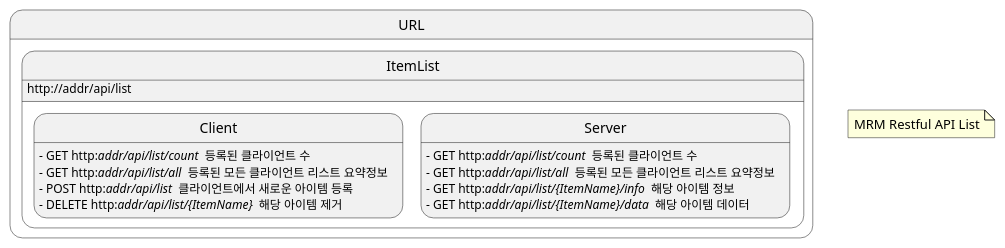
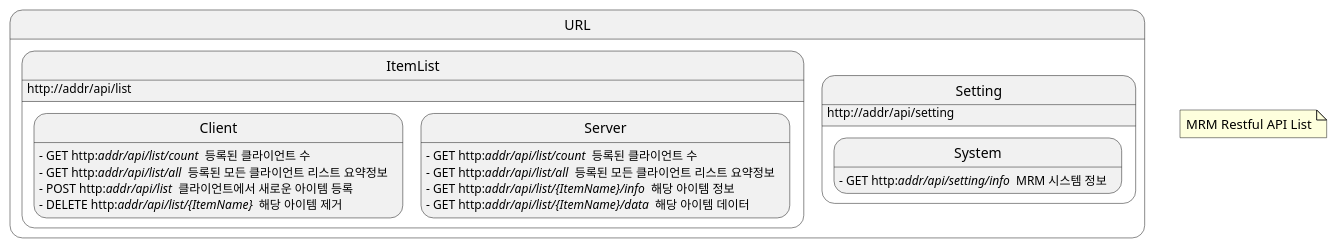
The diagram in mrm_url_v_0_1.plantuml (ISSuh/SimpleModuleSystem), drawn with PlantUML before and after one commit. The commit also changed 1 other file, not shown here.

```diff
--- a/mrm_url_v_0_1.plantuml
+++ b/mrm_url_v_0_1.plantuml
@@ -1,24 +1,30 @@
 @startuml url
 
 state URL{
     state ItemList{
         ItemList: http://addr/api/list
         state Client{
             Client: - GET http://addr/api/list/count // 등록된 클라이언트 수
             Client: - GET http://addr/api/list/all // 등록된 모든 클라이언트 리스트 요약정보
             Client: - POST http://addr/api/list // 클라이언트에서 새로운 아이템 등록
             Client: - DELETE http://addr/api/list/{ItemName} // 해당 아이템 제거
         }
         state Server{
             Server: - GET http://addr/api/list/count // 등록된 클라이언트 수
             Server: - GET http://addr/api/list/all // 등록된 모든 클라이언트 리스트 요약정보
             Server: - GET http://addr/api/list/{ItemName}/info // 해당 아이템 정보
             Server: - GET http://addr/api/list/{ItemName}/data // 해당 아이템 데이터
         }
+    }
 
+    state Setting{
+        Setting: http://addr/api/setting
+        state System{
+            System: - GET http://addr/api/setting/info // MRM 시스템 정보
+        }
     }
 }
 
 note "MRM Restful API List" as URL_memo
 
 @enduml
```
